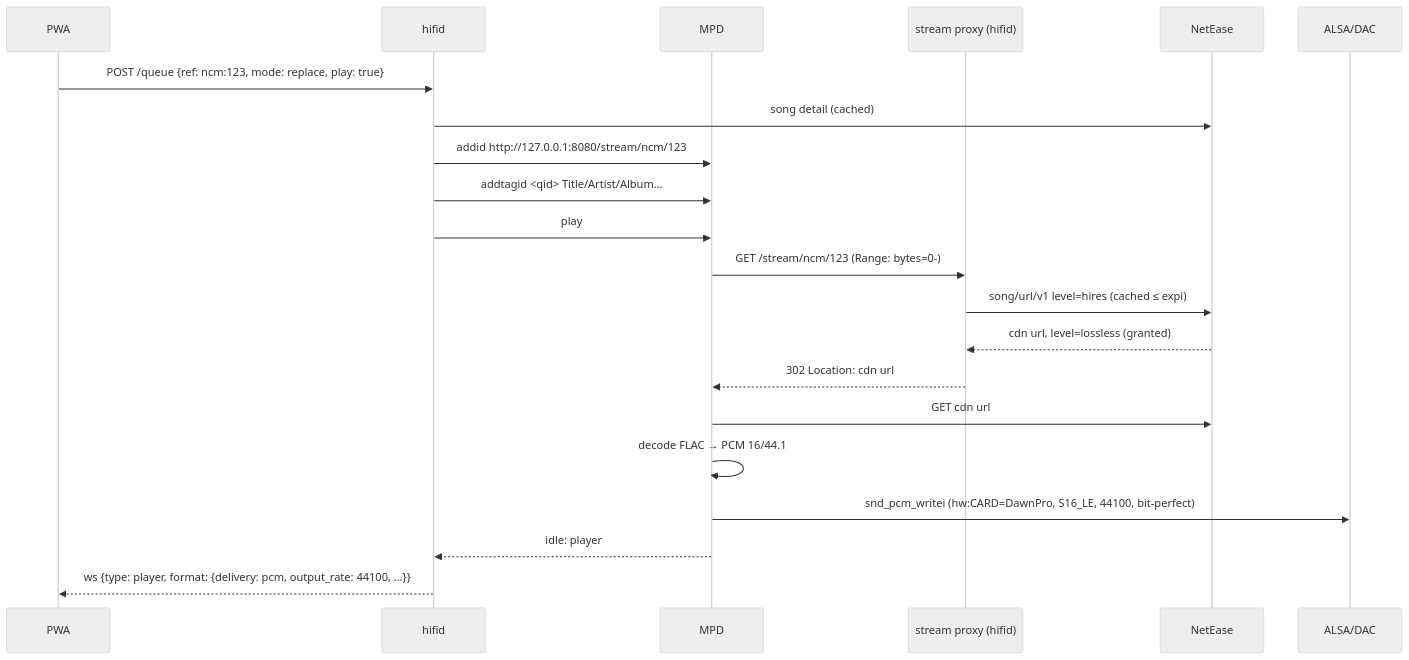
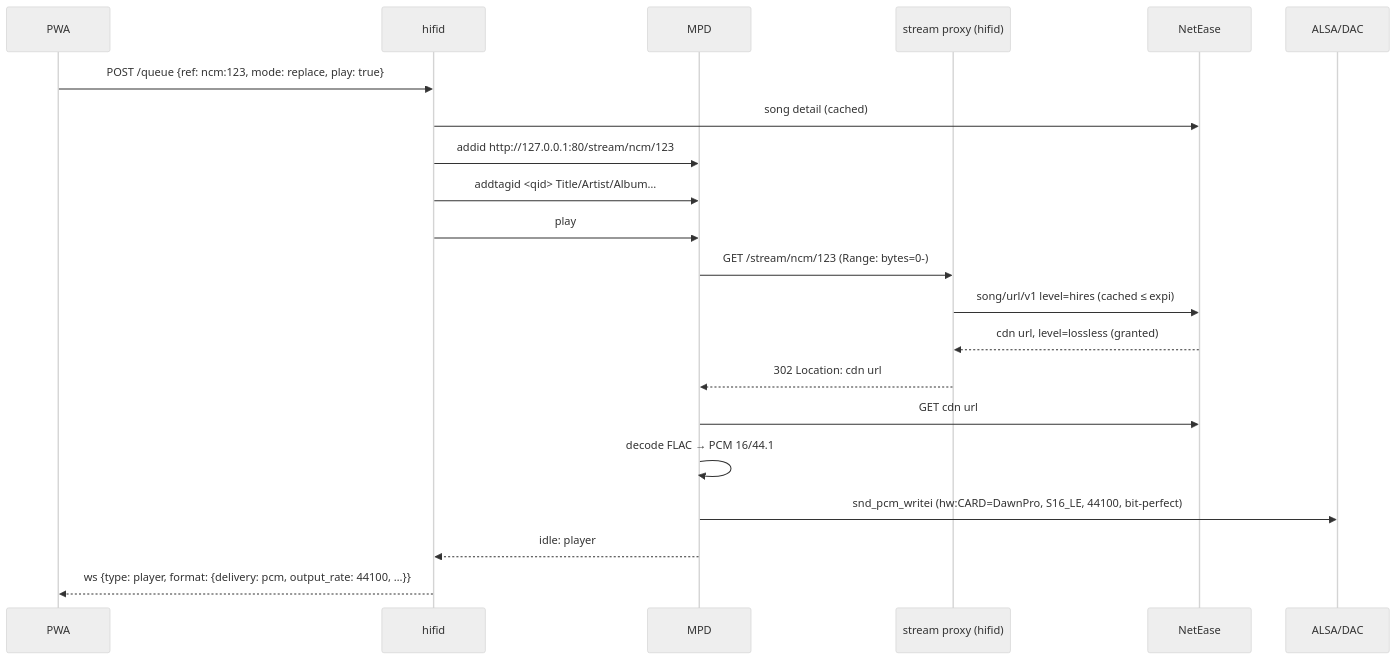
Before and after one commit to Zulolo/HiFi-NetEase-Server: the second of 4 diagrams in docs/03-solution-architecture.md, drawn with Mermaid (neutral theme). The commit also changed other lines of this file and 14 other files, not shown here.

````diff
--- a/docs/03-solution-architecture.md
+++ b/docs/03-solution-architecture.md
@@ -100,23 +100,23 @@
 ```mermaid
 sequenceDiagram
     participant P as PWA
     participant H as hifid
     participant M as MPD
     participant X as stream proxy (hifid)
     participant N as NetEase
     participant A as ALSA/DAC
     P->>H: POST /queue {ref: ncm:123, mode: replace, play: true}
     H->>N: song detail (cached)
-    H->>M: addid http://127.0.0.1:8080/stream/ncm/123
+    H->>M: addid http://127.0.0.1:80/stream/ncm/123
     H->>M: addtagid <qid> Title/Artist/Album…
     H->>M: play
     M->>X: GET /stream/ncm/123 (Range: bytes=0-)
     X->>N: song/url/v1 level=hires (cached ≤ expi)
     N-->>X: cdn url, level=lossless (granted)
     X-->>M: 302 Location: cdn url
     M->>N: GET cdn url
     M->>M: decode FLAC → PCM 16/44.1
     M->>A: snd_pcm_writei (hw:CARD=DawnPro, S16_LE, 44100, bit-perfect)
     M-->>H: idle: player
     H-->>P: ws {type: player, format: {delivery: pcm, output_rate: 44100, …}}
 ```
````
